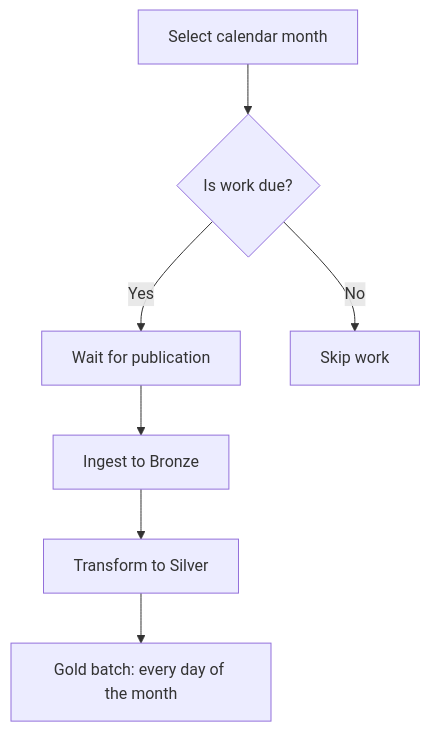
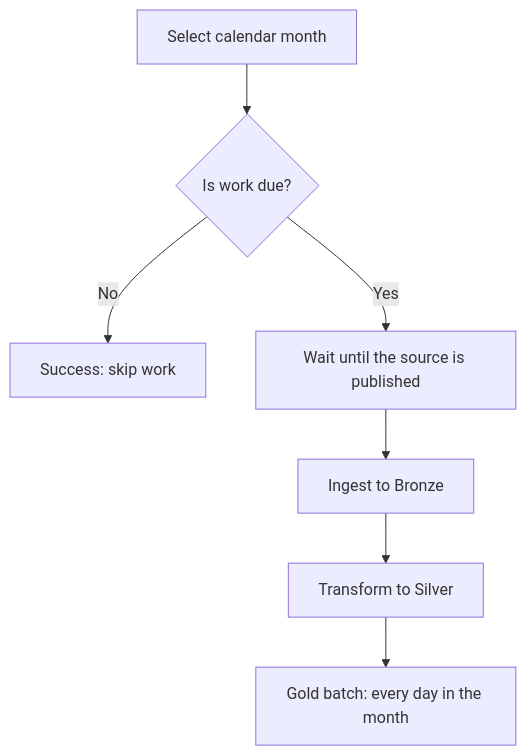
One commit to YoniAfengar/meridian-bike-pipeline changed the second of 2 diagrams in README.md. Above: the diagram before and after it, drawn with Mermaid. The commit also changed other lines of this file, not shown here.

````diff
--- a/README.md
+++ b/README.md
@@ -154,9 +247,9 @@
 ```mermaid
 flowchart TD
-    M["Select calendar month"] --> D{"Is work due?"}
-    D -->|Yes| P["Wait for publication"]
-    D -->|No| S["Skip work"]
-    P --> B["Ingest to Bronze"]
-    B --> V["Transform to Silver"]
-    V --> G["Gold batch: every day of the month"]
+    Month["Select calendar month"] --> Due{"Is work due?"}
+    Due -->|No| Skip["Success: skip work"]
+    Due -->|Yes| Published["Wait until the source is published"]
+    Published --> Bronze["Ingest to Bronze"]
+    Bronze --> Silver["Transform to Silver"]
+    Silver --> Gold["Gold batch: every day in the month"]
 ```
````
